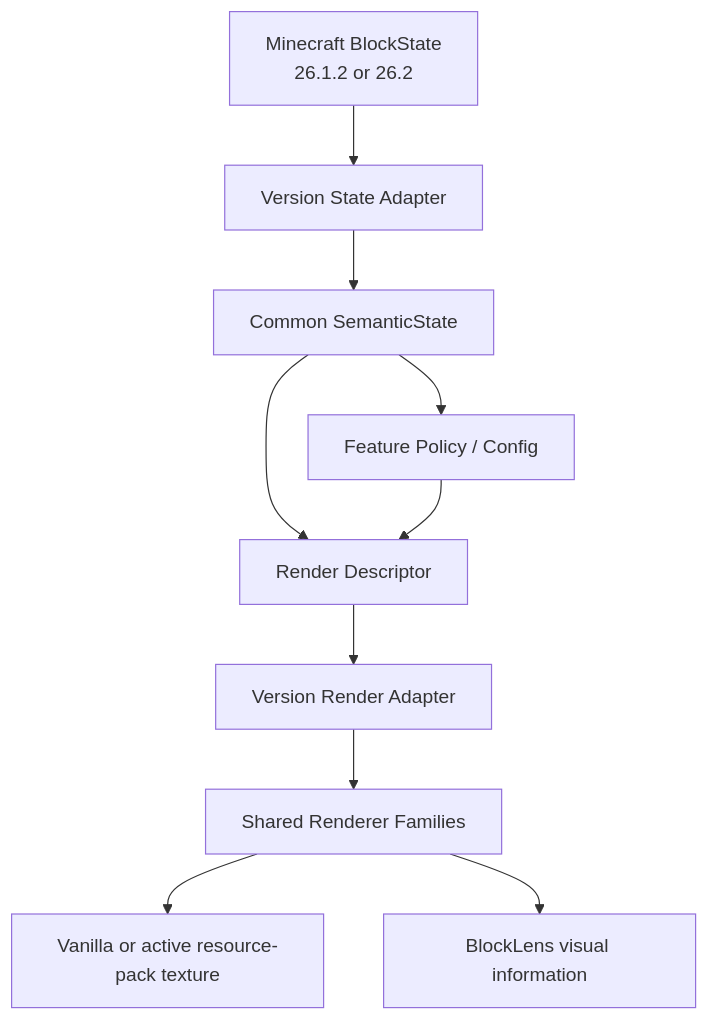
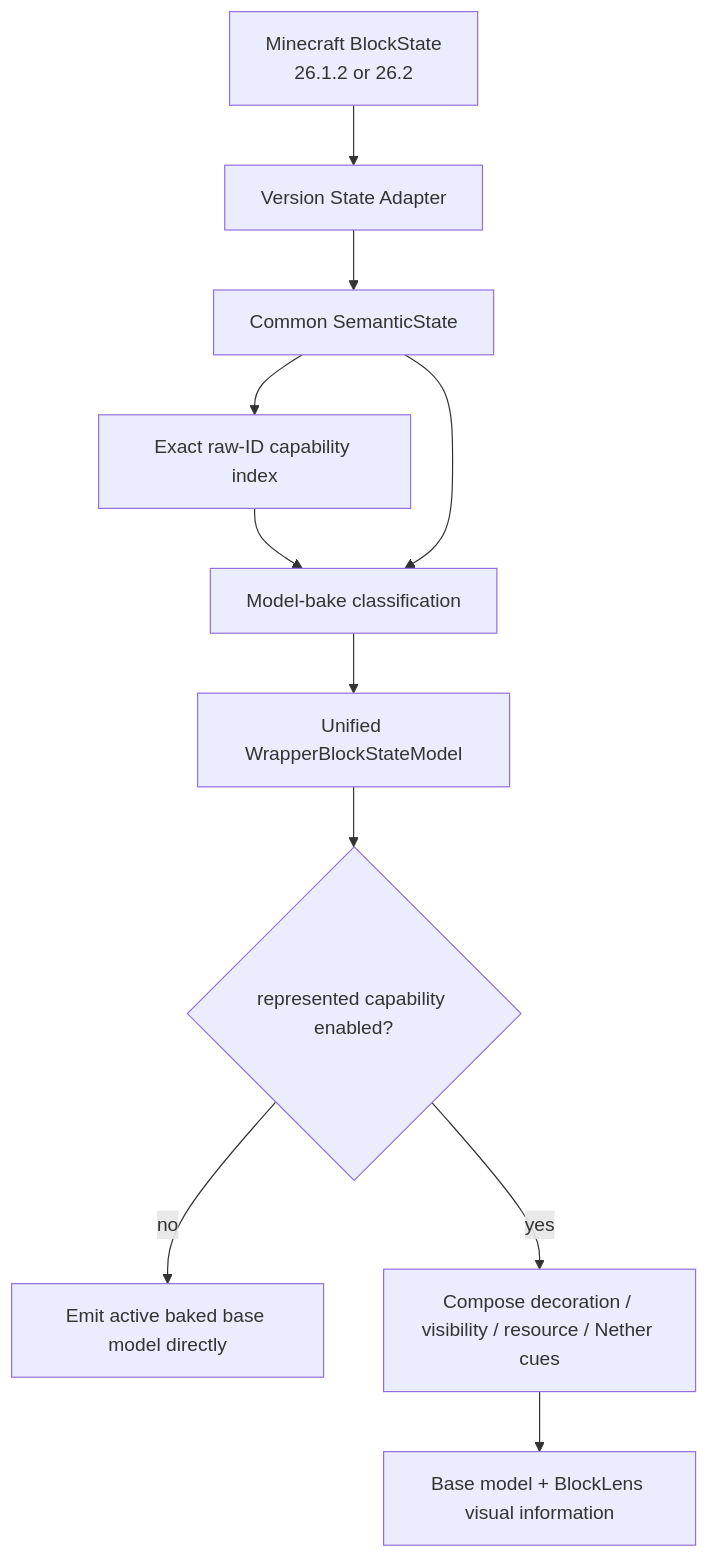
The third of 5 diagrams in README.md (bosatsu25/BlockLens), drawn with Mermaid before and after one commit. The commit also changed other lines of this file, not shown here.

````diff
--- a/README.md
+++ b/README.md
@@ -76,12 +78,13 @@
 ```mermaid
 flowchart TD
     MC[Minecraft BlockState\n26.1.2 or 26.2] --> VA[Version State Adapter]
     VA --> SS[Common SemanticState]
-    SS --> FP[Feature Policy / Config]
-    SS --> RD[Render Descriptor]
-    FP --> RD
-    RD --> VR[Version Render Adapter]
-    VR --> SR[Shared Renderer Families]
-    SR --> BASE[Vanilla or active resource-pack texture]
-    SR --> EXTRA[BlockLens visual information]
+    SS --> IDX[Exact raw-ID capability index]
+    IDX --> BM[Model-bake classification]
+    SS --> BM
+    BM --> WRAP[Unified WrapperBlockStateModel]
+    WRAP --> Q{represented capability enabled?}
+    Q -- no --> BASE[Emit active baked base model directly]
+    Q -- yes --> CUES[Compose decoration / visibility / resource / Nether cues]
+    CUES --> OUT[Base model + BlockLens visual information]
 ```
````
